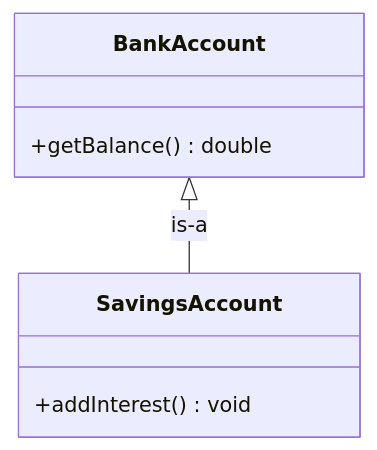
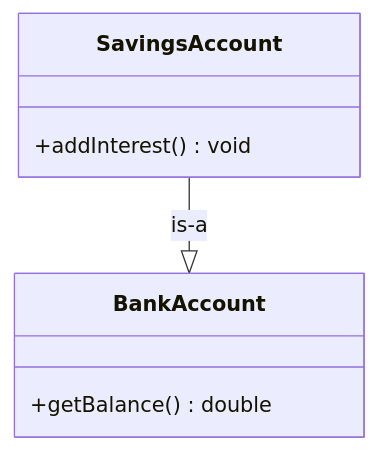
One commit to someshsangwan/SDE-Vault changed the eighth of 12 diagrams in 04_System-Design/LLD/03_UML&ClassDiagrams.md. Above: the diagram before and after it, drawn with Mermaid. The commit also changed other lines of this file, not shown here.

````diff
--- a/04_System-Design/LLD/03_UML&ClassDiagrams.md
+++ b/04_System-Design/LLD/03_UML&ClassDiagrams.md
@@ -178,10 +178,10 @@
 ```mermaid
 classDiagram
     class BankAccount {
         +getBalance() double
     }
     class SavingsAccount {
         +addInterest() void
     }
-    BankAccount <|-- SavingsAccount : is-a
+    SavingsAccount --|> BankAccount : is-a
 ```
````
